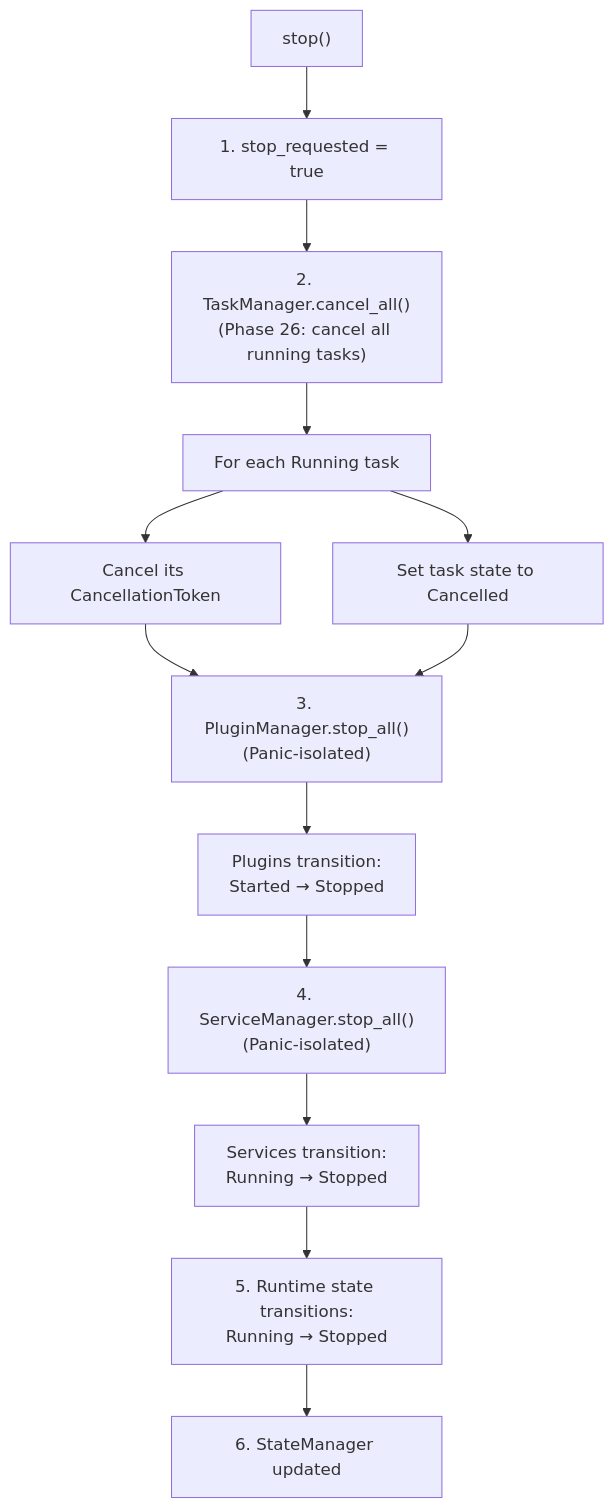
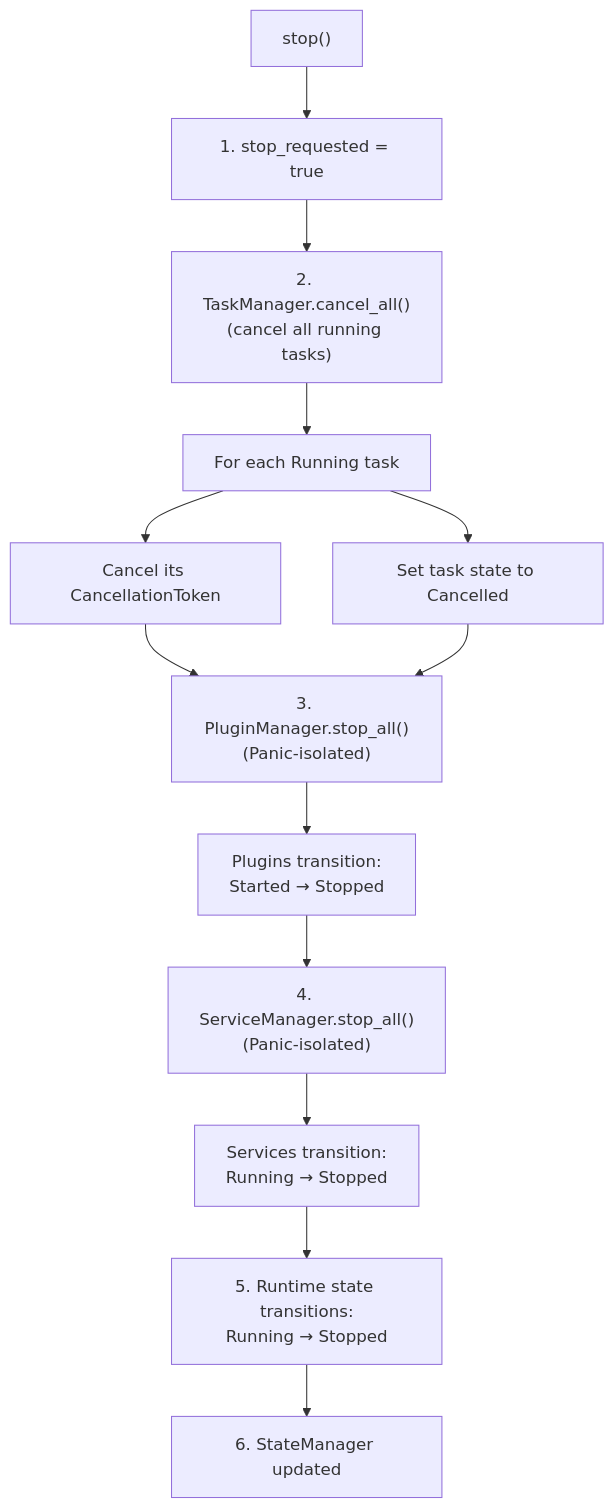
The fifth of 8 diagrams in md_docs/app_engine_docs/03-bootstrap-and-lifecycle.md (Unique-Digital-Resources/AppShell), drawn with Mermaid before and after one commit. The commit also changed other lines of this file and 34 other files, not shown here.

````diff
--- a/md_docs/app_engine_docs/03-bootstrap-and-lifecycle.md
+++ b/md_docs/app_engine_docs/03-bootstrap-and-lifecycle.md
@@ -253,15 +253,15 @@
 ```mermaid
 flowchart TD
     A["stop()"] --> B["1. stop_requested = true"]
-    B --> C["2. TaskManager.cancel_all()<br/>(Phase 26: cancel all running tasks)"]
+    B --> C["2. TaskManager.cancel_all()<br/>(cancel all running tasks)"]
     C --> D1["For each Running task"]
     D1 --> D2["Cancel its CancellationToken"]
     D1 --> D3["Set task state to Cancelled"]
     D2 --> E["3. PluginManager.stop_all()<br/>(Panic-isolated)"]
     D3 --> E
     E --> E1["Plugins transition:<br/>Started → Stopped"]
     E1 --> F["4. ServiceManager.stop_all()<br/>(Panic-isolated)"]
     F --> F1["Services transition:<br/>Running → Stopped"]
     F1 --> G["5. Runtime state transitions:<br/>Running → Stopped"]
     G --> H["6. StateManager updated"]
 ```
````
